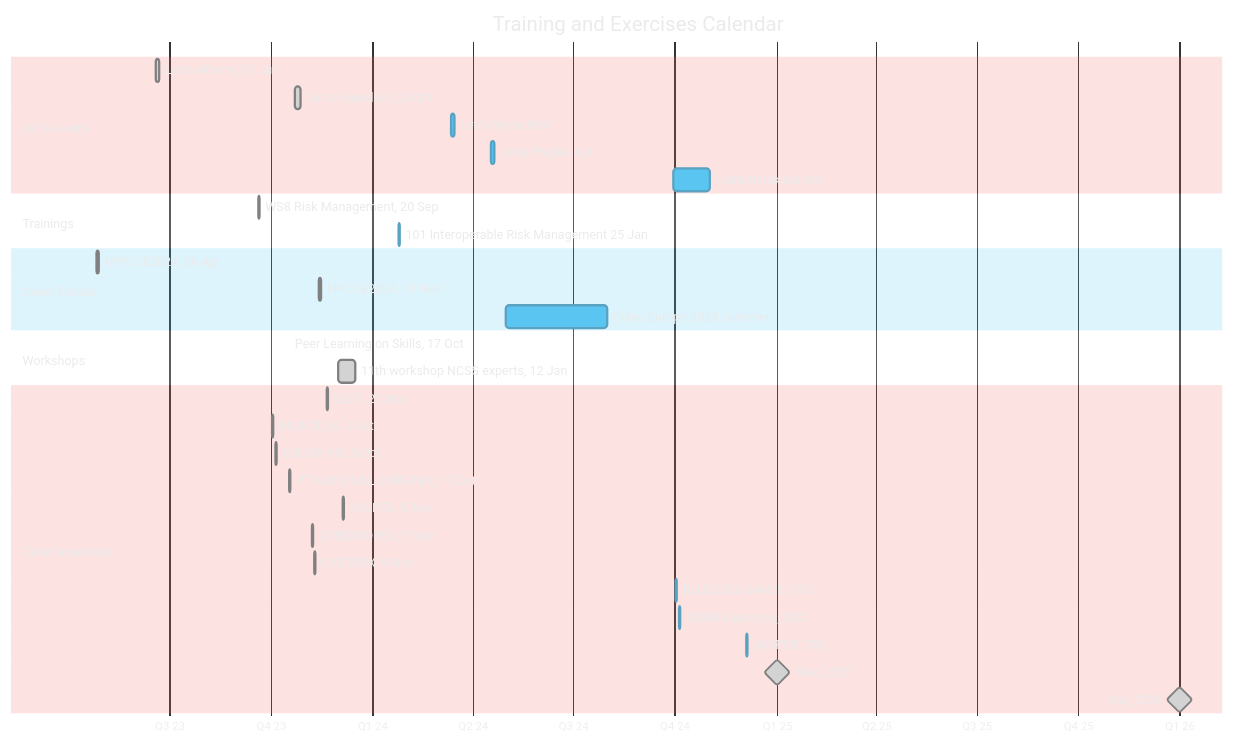
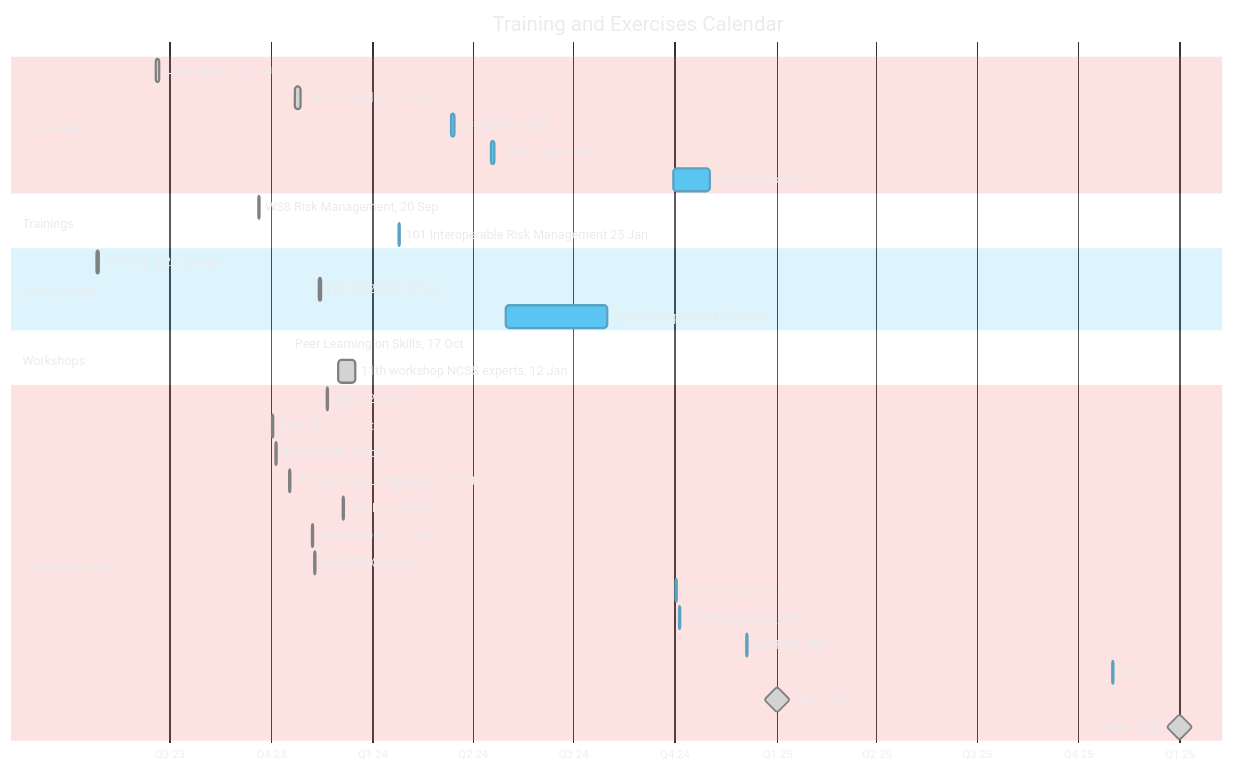
One commit to ENISA-Exercises/Public01 changed the first of 2 diagrams in README.md. Above: the diagram before and after it, drawn with Mermaid. The commit also changed other lines of this file, not shown here.

````diff
--- a/README.md
+++ b/README.md
@@ -9,57 +9,60 @@
 ```mermaid
 %%{
   init: {
     'theme': 'base',
     'themeVariables': {
       'darkmode': 'true',
       'fontFamily': 'Arial',
       'primaryColor': '#5BC5F2',
       'primaryTextColor': '#EBEBEB',
       'secondaryColor': '#F9B233',
       'secondaryTextColor': '#EBEBEB',
       'tertiaryColor': '#EE756D',
       'tertiaryTextColor': '#EBEBEB',
       'lineColor': '#1D1D1B'
     }
   }
 }%%
 gantt
   title Training and Exercises Calendar
   dateFormat YYYY-MM-DD %%Input date format. The default input date format is YYYY-MM-DD
   axisFormat Q%q %y
   tickInterval 3month
 %%displayed gantt bar info
   section Letra events
     Letra Athens, 19 Jun: done, Letra202306, 2023-06-19, 3d
     Letra Heraklion, 23 Oct: done, Letra202310, 2023-10-23, 5d
     Letra Rome Mar: Training45363, 2024-03-12, 3d
     Letra Prague Apr: Training45399, 2024-04-17, 3d
     Letra Heraklion Oct: Training45565, 2024-09-30, 33d
   section Trainings
     WS8 Risk Management, 20 Sep: done, TRAINING45189, 2023-09-20, 1d
     101 Interoperable Risk Management 25 Jan: virtual_workshop45316, 2024-01-25, 1d
   section Cyber Europe
     MPC CE2024, 26 Apr: done, Conference45042, 2023-04-26, 2d
     FPC CE2024, 13 Nov: done, CONFERENCE45243, 2023-11-13, 2d
     Cyber Europe 2024, summer: Exercise45413, 2024-05-01, 92d
   section Workshops
     Peer Learning on Skills, 17 Oct: done, physical_workshop45216, 2023-10-17, 1d
     11th workshop NCSS experts, 12 Jan: done, virtual_workshop45261, 2023-12-01, 15d
   section Cyber exercises
     ELEX, 21 Nov: done, ELEX2023, 2023-11-21, 1d
     BLUEOLEX, 2 Oct: done, EXERCISE45201, 2023-10-02, 1d
     EULISA VIS, 5 Oct: done, EXERCISE45204, 2023-10-05, 1d
     PT NATIONAL CYBER EX, 17 Oct: done, EXERCISE45216, 2023-10-17, 2d
     JASPER, 5 Nov: done, EXERCISE45265, 2023-12-05, 1d
     CYBERSOPEX, 7 Nov: done, EXERCISE45237, 2023-11-07, 1d
     CYSOPEX, 9 Nov: done, EXERCISE45239, 2023-11-09, 1d
     BLUEOLEX-JANUS, TBC: Exercise45567, 2024-10-02, 1d
     EUIBA's exercise, TBC: Exercise45570, 2024-10-05, 1d
-    JASPER, TBC: Exercise45631, 2024-12-05, 1d    
+    JASPER, TBC: Exercise45631, 2024-12-05, 1d
+    ELEX25: Exercise45962, 2025-11-01, 1d
+
+    
     
 %%  Year_2023: done, milestone, Year23, 2023-01-01, 0d
 %%  Year_2024: done, milestone, Year24, 2024-01-01, 0d
 Year_2025: done, milestone, Year25, 2025-01-01, 0d
 Year_2026: done, milestone, Year26, 2026-01-01, 0d
 
 ```
````
